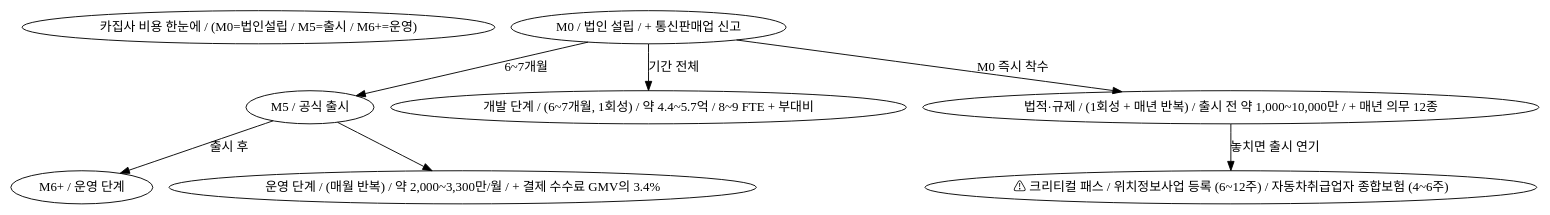
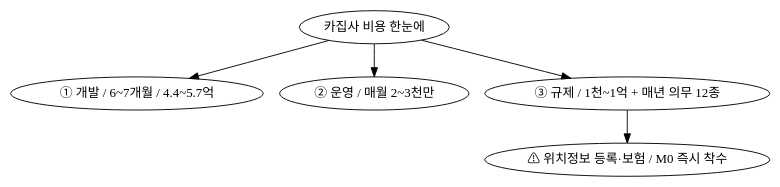
The diagram in diagrams/06-cost-overview.dot (serendibeats/cargypsy), drawn with Graphviz before and after one commit. The commit also changed 12 other files, not shown here.

First line of the commit message:
Simplify cost diagrams + add glossary box

```diff
--- a/diagrams/06-cost-overview.dot
+++ b/diagrams/06-cost-overview.dot
@@ -1,22 +1,13 @@
 digraph CostOverview {
-    title [label="카집사 비용 한눈에 / (M0=법인설립 / M5=출시 / M6+=운영)"];
+    title [label="카집사 비용 한눈에"];
 
-    M0 [label="M0 / 법인 설립 / + 통신판매업 신고"];
-    M5 [label="M5 / 공식 출시"];
-    Mop [label="M6+ / 운영 단계"];
+    dev [label="① 개발 / 6~7개월 / 4.4~5.7억"];
+    ops [label="② 운영 / 매월 2~3천만"];
+    reg [label="③ 규제 / 1천~1억 + 매년 의무 12종"];
+    crit [label="⚠ 위치정보 등록·보험 / M0 즉시 착수"];
 
-    dev [label="개발 단계 / (6~7개월, 1회성) / 약 4.4~5.7억 / 8~9 FTE + 부대비"];
-    ops [label="운영 단계 / (매월 반복) / 약 2,000~3,300만/월 / + 결제 수수료 GMV의 3.4%"];
-    reg [label="법적·규제 / (1회성 + 매년 반복) / 출시 전 약 1,000~10,000만 / + 매년 의무 12종"];
-
-    crit [label="⚠ 크리티컬 패스 / 위치정보사업 등록 (6~12주) / 자동차취급업자 종합보험 (4~6주)"];
-
-    M0 -> M5 [label="6~7개월"];
-    M5 -> Mop [label="출시 후"];
-
-    M0 -> dev [label="기간 전체"];
-    M0 -> reg [label="M0 즉시 착수"];
-    M5 -> ops;
-
-    reg -> crit [label="놓치면 출시 연기"];
+    title -> dev;
+    title -> ops;
+    title -> reg;
+    reg -> crit;
 }
```
